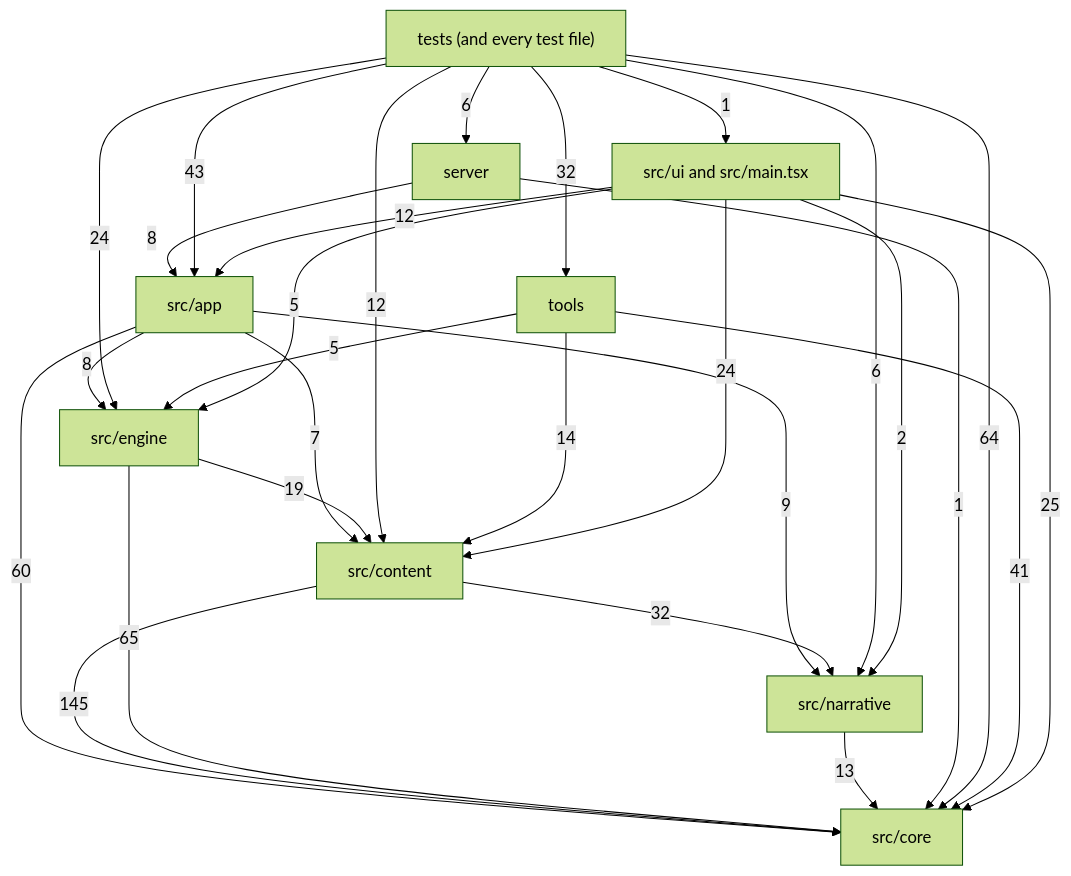
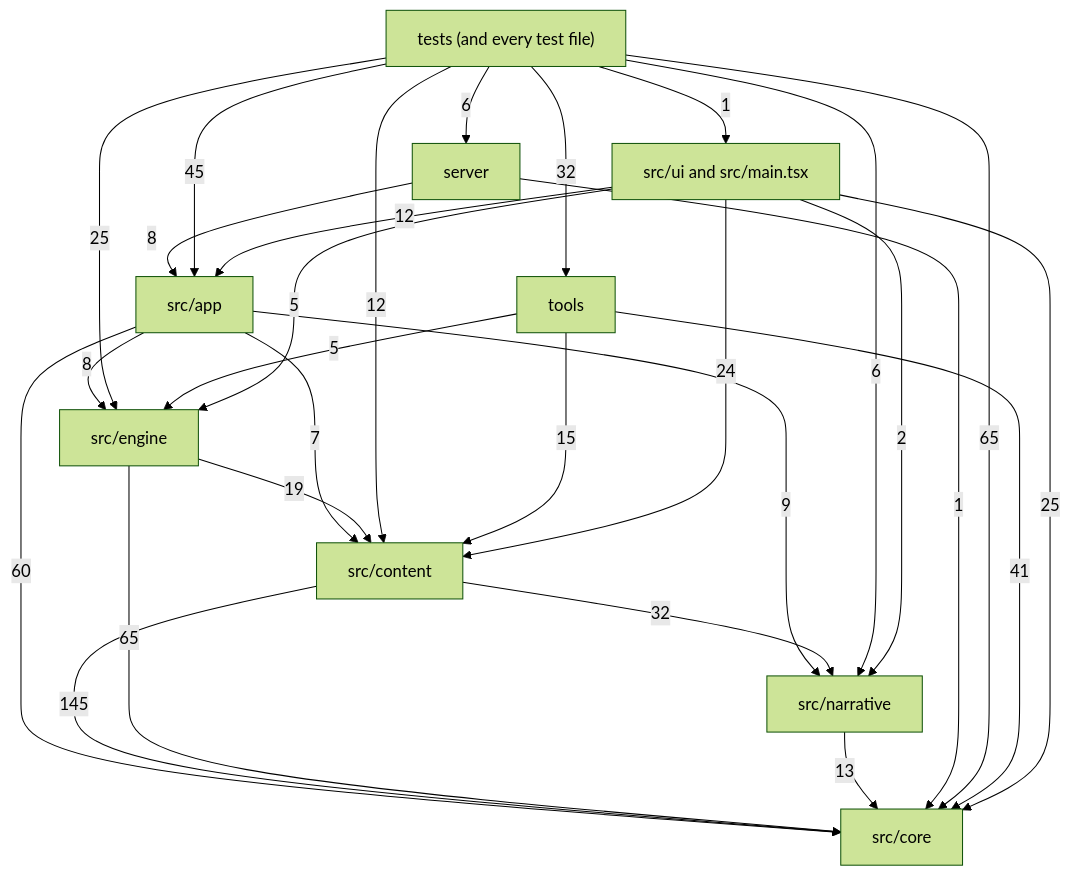
The diagram in docs/reference/code-map/README.md (OrangeB0lt/Cyber-funk), drawn with Mermaid (forest theme) before and after one commit. The commit also changed other lines of this file and 33 other files, not shown here.

````diff
--- a/docs/reference/code-map/README.md
+++ b/docs/reference/code-map/README.md
@@ -29,39 +29,39 @@
 ```mermaid
 flowchart TD
   core["src/core"]
   narrative["src/narrative"]
   content["src/content"]
   engine["src/engine"]
   app["src/app"]
   ui["src/ui and src/main.tsx"]
   server["server"]
   tools["tools"]
   tests["tests (and every test file)"]
   app -->|7| content
   app -->|60| core
   app -->|8| engine
   app -->|9| narrative
   content -->|145| core
   content -->|32| narrative
   engine -->|19| content
   engine -->|65| core
   narrative -->|13| core
   server -->|8| app
   server -->|1| core
-  tests -->|43| app
+  tests -->|45| app
   tests -->|12| content
-  tests -->|64| core
-  tests -->|24| engine
+  tests -->|65| core
+  tests -->|25| engine
   tests -->|6| narrative
   tests -->|6| server
   tests -->|32| tools
   tests -->|1| ui
-  tools -->|14| content
+  tools -->|15| content
   tools -->|41| core
   tools -->|5| engine
   ui -->|12| app
   ui -->|24| content
   ui -->|25| core
   ui -->|5| engine
   ui -->|2| narrative
 ```
````
